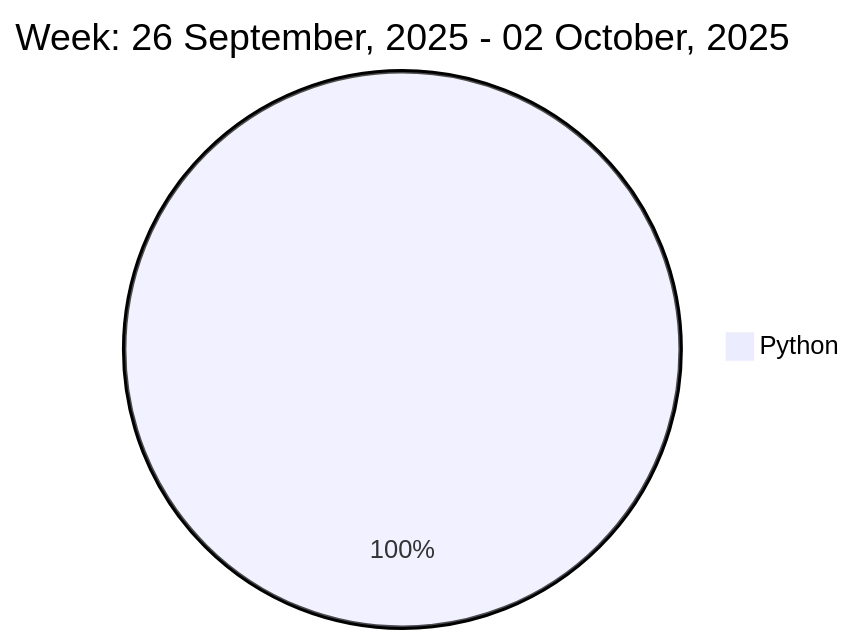
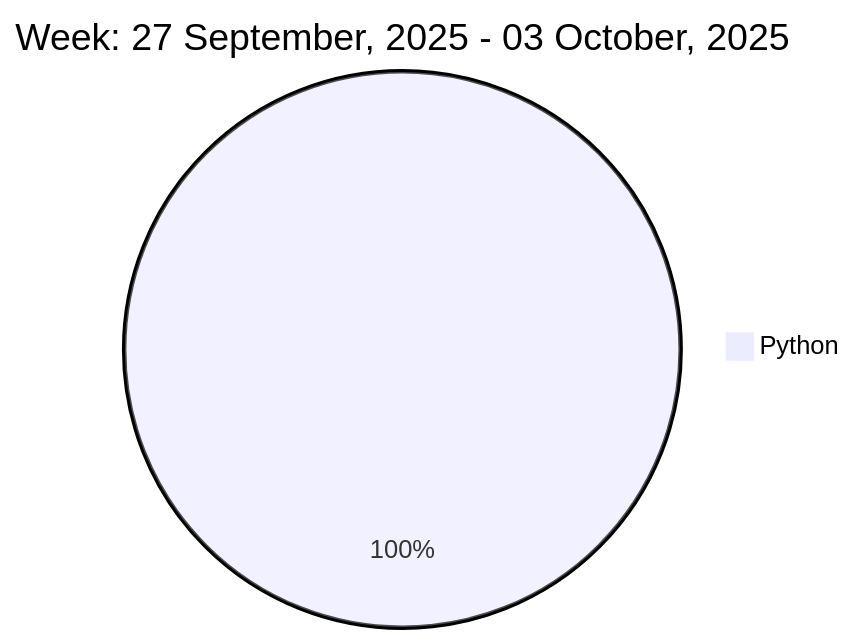
Before and after one commit to liubin95/liubin95: the diagram in README.md, drawn with Mermaid.

Commit message:
Updated the Graph with new Metrics

````diff
--- a/README.md
+++ b/README.md
@@ -37,5 +37,5 @@
 ```mermaid
  pie
-title Week: 26 September, 2025 - 02 October, 2025
- "Python" : 1.43
+title Week: 27 September, 2025 - 03 October, 2025
+ "Python" : 0.9
 ```
````
